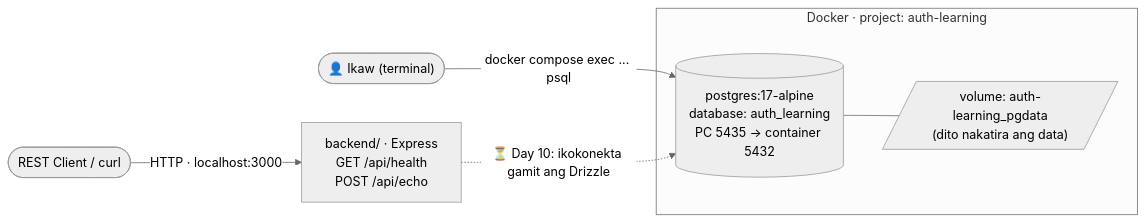
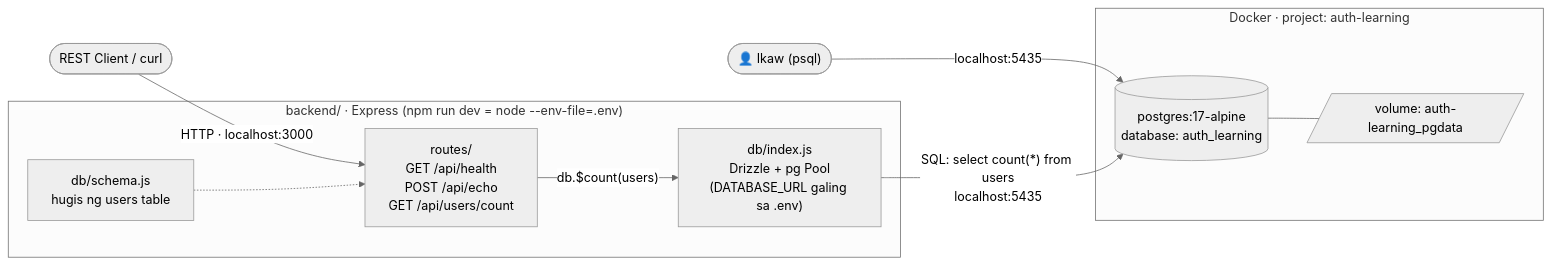
One commit to nelson1869-ai/auth-learning changed the first of 3 diagrams in docs/diagrams/00-architecture.md. Above: the diagram before and after it, drawn with Mermaid (neutral theme). The commit also changed other lines of this file and 3 other files, not shown here.

First line of the commit message:
docs: add 03-users-count.http, day 10 notes, connected architecture diagram

````diff
--- a/docs/diagrams/00-architecture.md
+++ b/docs/diagrams/00-architecture.md
@@ -11,11 +12,18 @@
 ```mermaid
 flowchart LR
-    Client(["REST Client / curl"]) -->|"HTTP · localhost:3000"| BE["backend/ · Express<br/>GET /api/health<br/>POST /api/echo"]
-    You(["👤 Ikaw (terminal)"]) -->|"docker compose exec ... psql"| PG
+    Client(["REST Client / curl"]) -->|"HTTP · localhost:3000"| Routes
+    subgraph BE["backend/ · Express (npm run dev = node --env-file=.env)"]
+        Routes["routes/<br/>GET /api/health<br/>POST /api/echo<br/>GET /api/users/count"]
+        DB["db/index.js<br/>Drizzle + pg Pool<br/>(DATABASE_URL galing sa .env)"]
+        Schema["db/schema.js<br/>hugis ng users table"]
+        Routes -->|"db.$count(users)"| DB
+        Schema -.-> Routes
+    end
+    You(["👤 Ikaw (psql)"]) -->|"localhost:5435"| PG
+    DB -->|"SQL: select count(*) from users<br/>localhost:5435"| PG
     subgraph Docker["Docker · project: auth-learning"]
-        PG[("postgres:17-alpine<br/>database: auth_learning<br/>PC 5435 → container 5432")]
-        Vol[/"volume: auth-learning_pgdata<br/>(dito nakatira ang data)"/]
+        PG[("postgres:17-alpine<br/>database: auth_learning")]
+        Vol[/"volume: auth-learning_pgdata"/]
         PG --- Vol
     end
-    BE -. "⏳ Day 10: ikokonekta gamit ang Drizzle" .-> PG
 ```
````
